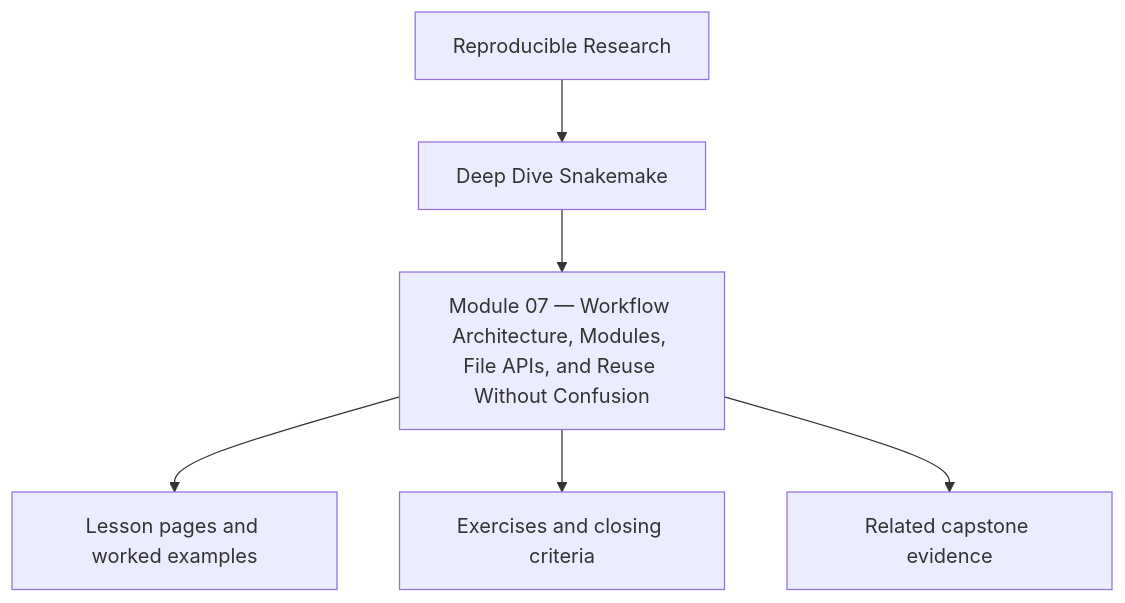
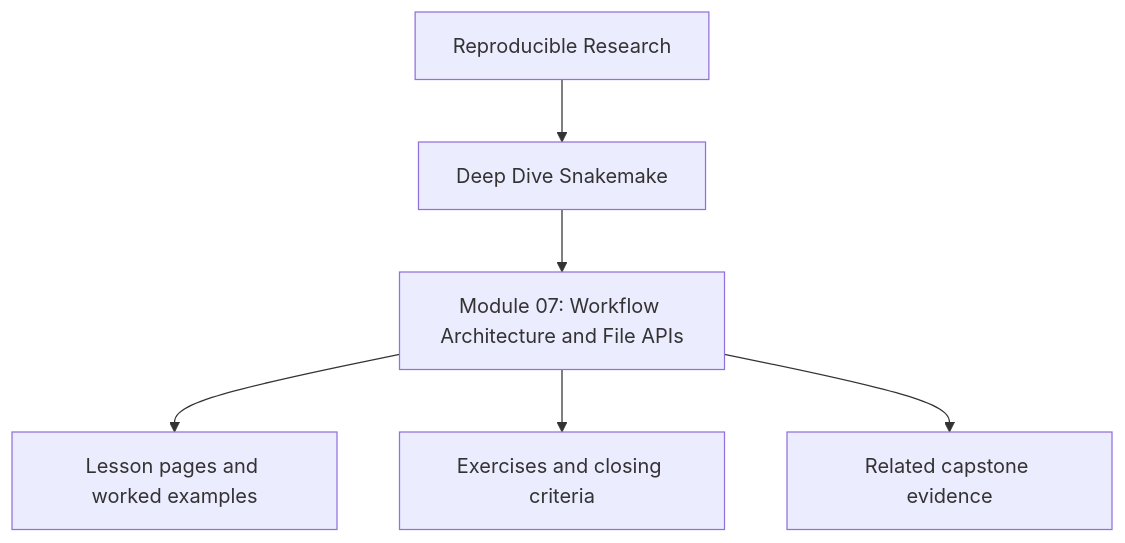
The first of 2 diagrams in programs/reproducible-research/deep-dive-snakemake/course-book/module-07-workflow-architecture-and-file-apis/index.md (bijux/bijux-masterclass), drawn with Mermaid before and after one commit. The commit also changed other lines of this file and 241 other files, not shown here.

````diff
--- a/programs/reproducible-research/deep-dive-snakemake/course-book/module-07-workflow-architecture-and-file-apis/index.md
+++ b/programs/reproducible-research/deep-dive-snakemake/course-book/module-07-workflow-architecture-and-file-apis/index.md
@@ -9,8 +9,8 @@
 ```mermaid
 flowchart TD
   family["Reproducible Research"] --> program["Deep Dive Snakemake"]
-  program --> module["Module 07 — Workflow Architecture, Modules, File APIs, and Reuse Without Confusion"]
+  program --> module["Module 07: Workflow Architecture and File APIs"]
   module --> lessons["Lesson pages and worked examples"]
   module --> checkpoints["Exercises and closing criteria"]
   module --> capstone["Related capstone evidence"]
 ```
````
